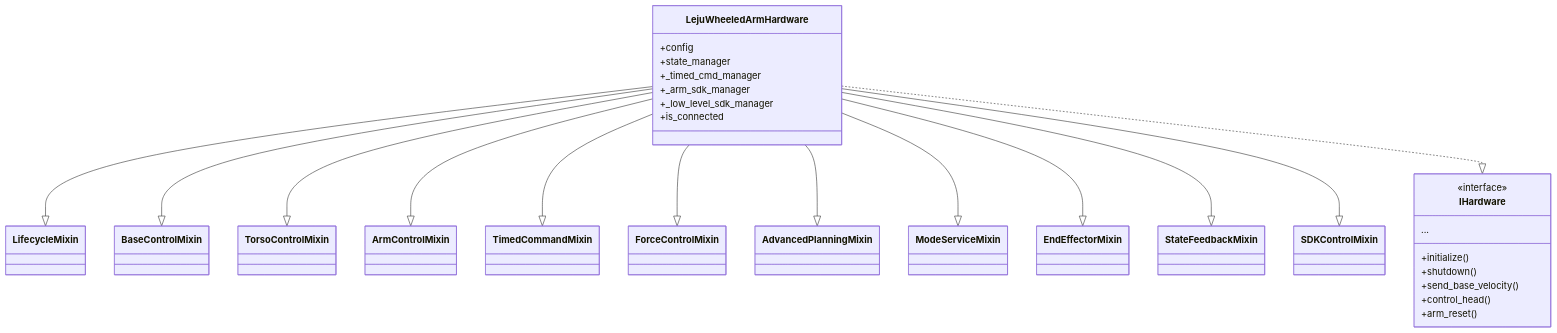
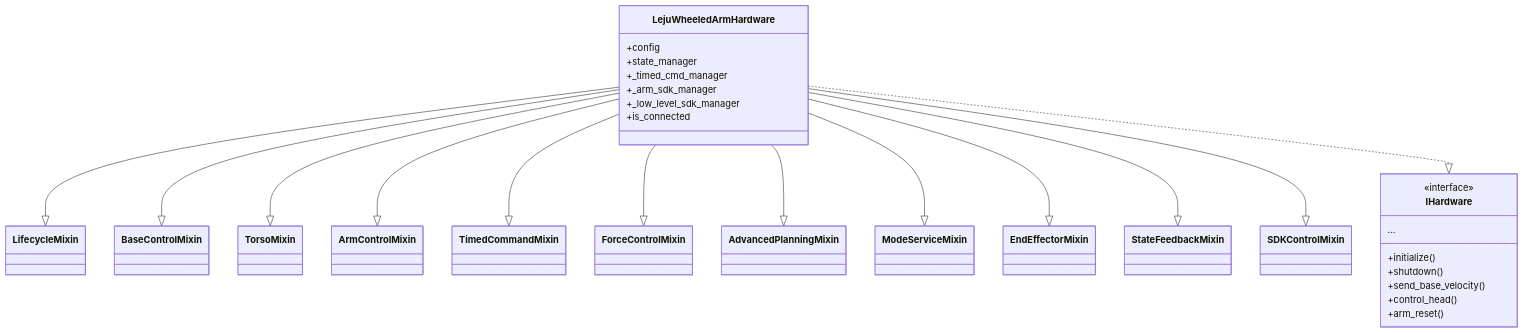
Before and after one commit to LejuRobotics/letools_opensource: the second of 5 diagrams in adapters/hardware/leju_wheeled/README.md, drawn with Mermaid. The commit also changed other lines of this file and 255 other files, not shown here.

````diff
--- a/adapters/hardware/leju_wheeled/README.md
+++ b/adapters/hardware/leju_wheeled/README.md
@@ -116,46 +116,46 @@
 ```mermaid
 classDiagram
     class IHardware {
         <<interface>>
         +initialize()
         +shutdown()
         +send_base_velocity()
         +control_head()
         +arm_reset()
         ...
     }
 
     class LifecycleMixin
     class BaseControlMixin
-    class TorsoControlMixin
+    class TorsoMixin
     class ArmControlMixin
     class TimedCommandMixin
     class ForceControlMixin
     class AdvancedPlanningMixin
     class ModeServiceMixin
     class EndEffectorMixin
     class StateFeedbackMixin
     class SDKControlMixin
 
     class LejuWheeledArmHardware {
         +config
         +state_manager
         +_timed_cmd_manager
         +_arm_sdk_manager
         +_low_level_sdk_manager
         +is_connected
     }
 
     LejuWheeledArmHardware --|> LifecycleMixin
     LejuWheeledArmHardware --|> BaseControlMixin
-    LejuWheeledArmHardware --|> TorsoControlMixin
+    LejuWheeledArmHardware --|> TorsoMixin
     LejuWheeledArmHardware --|> ArmControlMixin
     LejuWheeledArmHardware --|> TimedCommandMixin
     LejuWheeledArmHardware --|> ForceControlMixin
     LejuWheeledArmHardware --|> AdvancedPlanningMixin
     LejuWheeledArmHardware --|> ModeServiceMixin
     LejuWheeledArmHardware --|> EndEffectorMixin
     LejuWheeledArmHardware --|> StateFeedbackMixin
     LejuWheeledArmHardware --|> SDKControlMixin
     LejuWheeledArmHardware ..|> IHardware
 ```
````
